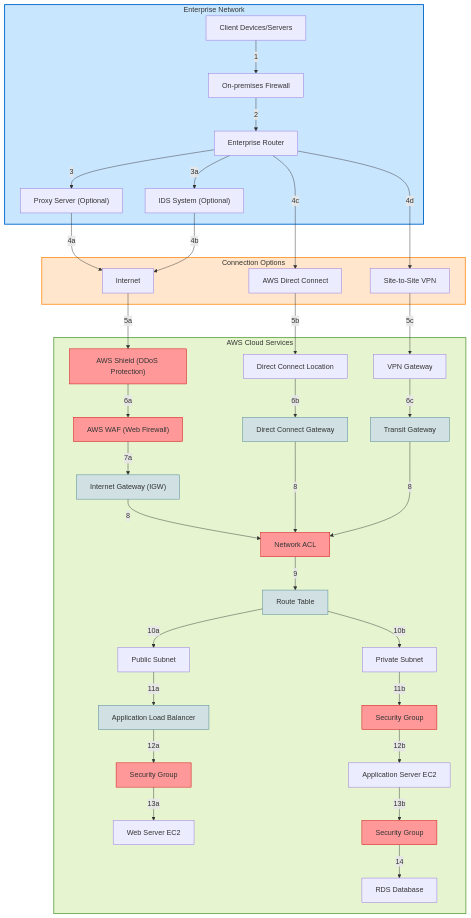
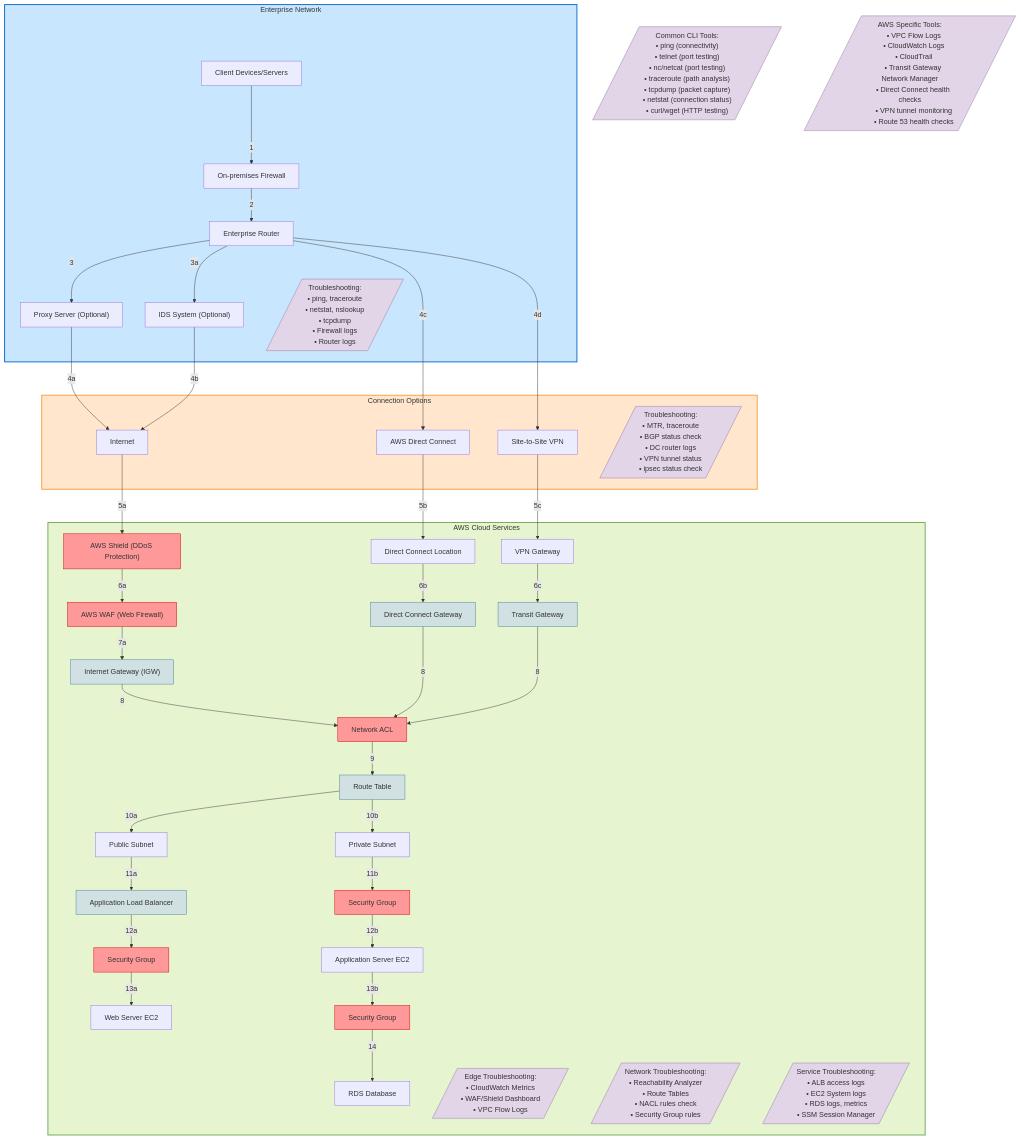
One commit to JieYanTIBCO/JackieKB changed the diagram in 01-Notes/Learning/Cloud/AWS/Network to AWS.md. Above: the diagram before and after it, drawn with Mermaid. The commit also changed 1 other file, not shown here.

Commit message:
imporving AWS network with tools and means

````diff
--- a/01-Notes/Learning/Cloud/AWS/Network to AWS.md
+++ b/01-Notes/Learning/Cloud/AWS/Network to AWS.md
@@ -6,6 +6,14 @@
         LF --> |2| Router["Enterprise Router"]
         Router --> |3| Proxy["Proxy Server (Optional)"]
         Router --> |3a| IDS["IDS System (Optional)"]
+        
+        %% Troubleshooting Tools - Enterprise
+        TroubleE[/"Troubleshooting:
+        • ping, traceroute
+        • netstat, nslookup
+        • tcpdump
+        • Firewall logs
+        • Router logs"/]
     end
     
     %% Connection Options Area
@@ -14,6 +22,14 @@
         IDS --> |4b| Internet
         Router --> |4c| DirectConnect["AWS Direct Connect"]
         Router --> |4d| IPSEC["Site-to-Site VPN"]
+        
+        %% Troubleshooting Tools - Connection
+        TroubleC[/"Troubleshooting:
+        • MTR, traceroute
+        • BGP status check
+        • DC router logs
+        • VPN tunnel status
+        • ipsec status check"/]
     end
     
     %% AWS Cloud Services Area
@@ -50,7 +66,45 @@
         SG2 --> |12b| EC2App["Application Server EC2"]
         EC2App --> |13b| SG3["Security Group"]
         SG3 --> |14| RDS["RDS Database"]
+        
+        %% AWS Troubleshooting Tools
+        TroubleA1[/"Edge Troubleshooting:
+        • CloudWatch Metrics
+        • WAF/Shield Dashboard
+        • VPC Flow Logs"/]
+        
+        TroubleA2[/"Network Troubleshooting:
+        • Reachability Analyzer
+        • Route Tables
+        • NACL rules check
+        • Security Group rules"/]
+        
+        TroubleA3[/"Service Troubleshooting:
+        • ALB access logs
+        • EC2 System logs
+        • RDS logs, metrics
+        • SSM Session Manager"/]
     end
+    
+    %% Command Line Tools
+    CommandLine[/"Common CLI Tools:
+    • ping (connectivity)
+    • telnet (port testing)
+    • nc/netcat (port testing)
+    • traceroute (path analysis)
+    • tcpdump (packet capture)
+    • netstat (connection status)
+    • curl/wget (HTTP testing)"/]
+    
+    %% AWS Specific Tools
+    AWSTools[/"AWS Specific Tools:
+    • VPC Flow Logs
+    • CloudWatch Logs
+    • CloudTrail
+    • Transit Gateway Network Manager
+    • Direct Connect health checks
+    • VPN tunnel monitoring
+    • Route 53 health checks"/]
     
     %% Style Settings
     classDef enterprise fill:#c9e6ff,stroke:#0066cc,stroke-width:2px;
@@ -58,10 +112,12 @@
     classDef aws fill:#e6f5d0,stroke:#6aa84f,stroke-width:2px;
     classDef security fill:#ff9999,stroke:#cc0000,stroke-width:1px;
     classDef networking fill:#d0e0e3,stroke:#45818e,stroke-width:1px;
+    classDef tools fill:#e1d5e7,stroke:#9673a6,stroke-width:1px;
     
     class Enterprise enterprise;
     class ConnectionOptions connection;
     class AWS aws;
     class Shield,WAF,NACL,SG1,SG2,SG3 security;
     class IGW,DXGW,TGW,RouteTable,ALB networking;
+    class TroubleE,TroubleC,TroubleA1,TroubleA2,TroubleA3,CommandLine,AWSTools tools;
 ```
````
